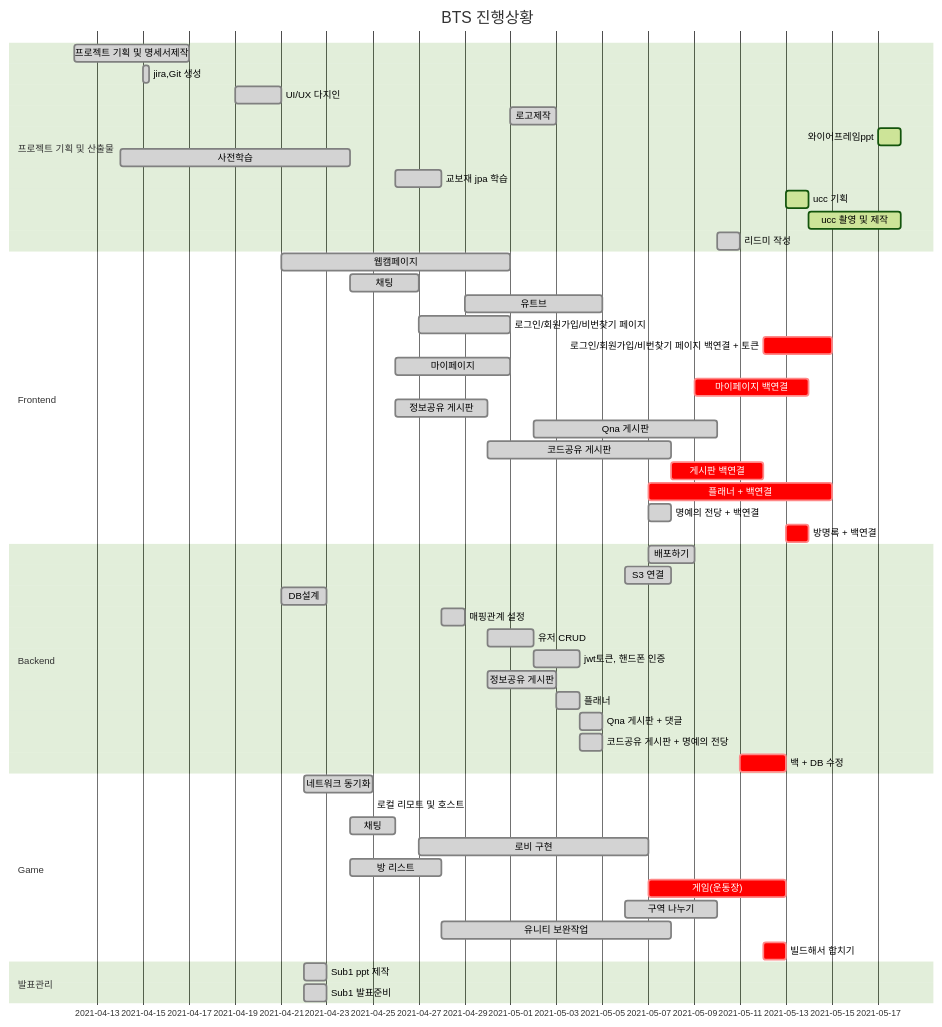
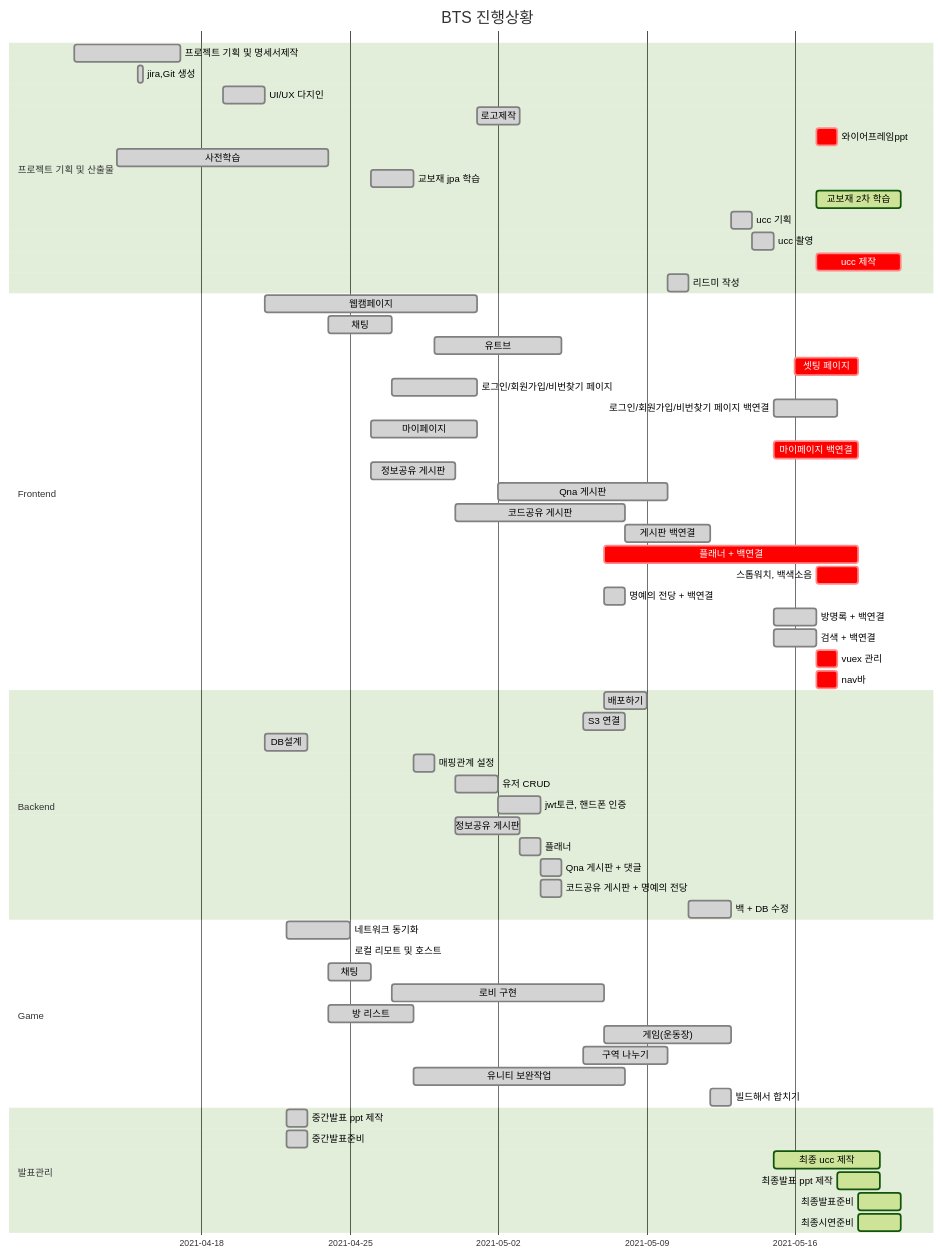
Before and after one commit to Luminousjiny/PJT_BTS: the diagram in README.md, drawn with Mermaid (forest theme). The commit also changed other lines of this file and 24 other files, not shown here.

Commit message:
S04P31B107-87 [feat] 로그인, 회원가입, 비번변경 완료, 리드미 업데이트, favicon 변경

````diff
--- a/README.md
+++ b/README.md
@@ -50,60 +50,71 @@
 ```mermaid
 gantt
     title BTS 진행상황
     dateFormat  YYYY-MM-DD
     section 프로젝트 기획 및 산출물
     프로젝트 기획 및 명세서제작 : done, 2021-04-12, 5d
     jira,Git 생성  :done, 2021-04-15, 6h
     UI/UX 다지인  : done,   2021-04-19, 2d
     로고제작 : done, 2021-05-01, 2d
-    와이어프레임ppt : active, 2021-05-17, 1d
+    와이어프레임ppt : crit, 2021-05-17, 1d
     사전학습  : done, 2021-04-14, 10d
     교보재 jpa 학습 : done, 2021-04-26, 2d
-    ucc 기획 : active, 2021-05-13, 1d
-    ucc 촬영 및 제작 : active, 2021-05-14, 4d
+    교보재 2차 학습 : active, 2021-05-17, 4d
+    ucc 기획 : done, 2021-05-13, 1d
+    ucc 촬영 : done, 2021-05-14, 1d
+    ucc 제작 : crit, 2021-05-17, 4d
     리드미 작성 : done, 2021-05-10, 1d
 
     section Frontend
     웹캠페이지 : done, 2021-04-21, 10d
     채팅 : done, 2021-04-24, 3d
     유트브 : done, 2021-04-29, 6d
+    셋팅 페이지 : crit, 2021-05-16, 3d
     로그인/회원가입/비번찾기 페이지 : done, 2021-04-27, 4d
-    로그인/회원가입/비번찾기 페이지 백연결 + 토큰 : crit, 2021-05-12, 3d
+    로그인/회원가입/비번찾기 페이지 백연결 : done, 2021-05-15, 3d
     마이페이지 : done, 2021-04-26, 5d
-    마이페이지 백연결 : crit, 2021-05-09, 5d
+    마이페이지 백연결 : crit, 2021-05-15, 4d
     정보공유 게시판 : done, 2021-04-26, 4d
     Qna 게시판 : done, 2021-05-02, 8d
     코드공유 게시판 : done, 2021-04-30, 8d
-    게시판 백연결 : crit, 2021-05-08, 4d
-    플래너 + 백연결 : crit, 2021-05-07, 8d
+    게시판 백연결 : done, 2021-05-08, 4d
+    플래너 + 백연결 : crit, 2021-05-07, 12d
+    스톱워치, 백색소음 : crit, 2021-05-17, 2d
     명예의 전당 + 백연결 : done, 2021-05-07, 1d
-    방명록 + 백연결 : crit, 2021-05-13, 1d
+    방명록 + 백연결 : done, 2021-05-15, 2d
+    검색 + 백연결 : done, 2021-05-15, 2d 
+    vuex 관리 : crit, 2021-05-17, 1d
+    nav바 : crit, 2021-05-17, 1d
     
     section Backend
     배포하기 : done, 2021-05-07, 2d
     S3 연결 : done, 2021-05-06, 2d
     DB설계 : done, 2021-04-21, 2d
     매핑관계 설정 : done, 2021-04-28, 1d
     유저 CRUD : done, 2021-04-30, 2d
     jwt토큰, 핸드폰 인증 : done, 2021-05-02,2d 
     정보공유 게시판 : done, 2021-04-30, 3d
     플래너 : done, 2021-05-03, 1d
     Qna 게시판 + 댓글 : done, 2021-05-04, 1d
     코드공유 게시판 + 명예의 전당 : done, 2021-05-04, 1d 
-    백 + DB 수정 : crit, 2021-05-11, 2d
+    백 + DB 수정 : done, 2021-05-11, 2d
     
     section Game
 	네트워크 동기화 : done, 2021-04-22, 3d
 	로컬 리모트 및 호스트 : done, 2021-04-23 1d
 	채팅 : done, 2021-04-24, 2d
 	로비 구현 : done, 2021-04-27, 10d
     방 리스트 : done, 2021-04-24, 4d
-    게임(운동장) : crit, 2021-05-07,6d
+    게임(운동장) : done, 2021-05-07,6d
     구역 나누기 : done, 2021-05-06, 4d
     유니티 보완작업 : done, 2021-04-28, 10d
-    빌드해서 합치기 : crit, 2021-05-12, 1d
+    빌드해서 합치기 : done, 2021-05-12, 1d
     
     section 발표관리
-    Sub1 ppt 제작 : done, 2021-04-22, 1d
-    Sub1 발표준비 : done, 2021-04-22, 1d
+    중간발표 ppt 제작 : done, 2021-04-22, 1d
+    중간발표준비 : done, 2021-04-22, 1d
+    최종 ucc 제작 : active, 2021-05-15, 5d
+    최종발표 ppt 제작 : active, 2021-05-18, 2d
+    최종발표준비 : active, 2021-05-19, 2d
+    최종시연준비 : active, 2021-05-19, 2d
 ```
````
